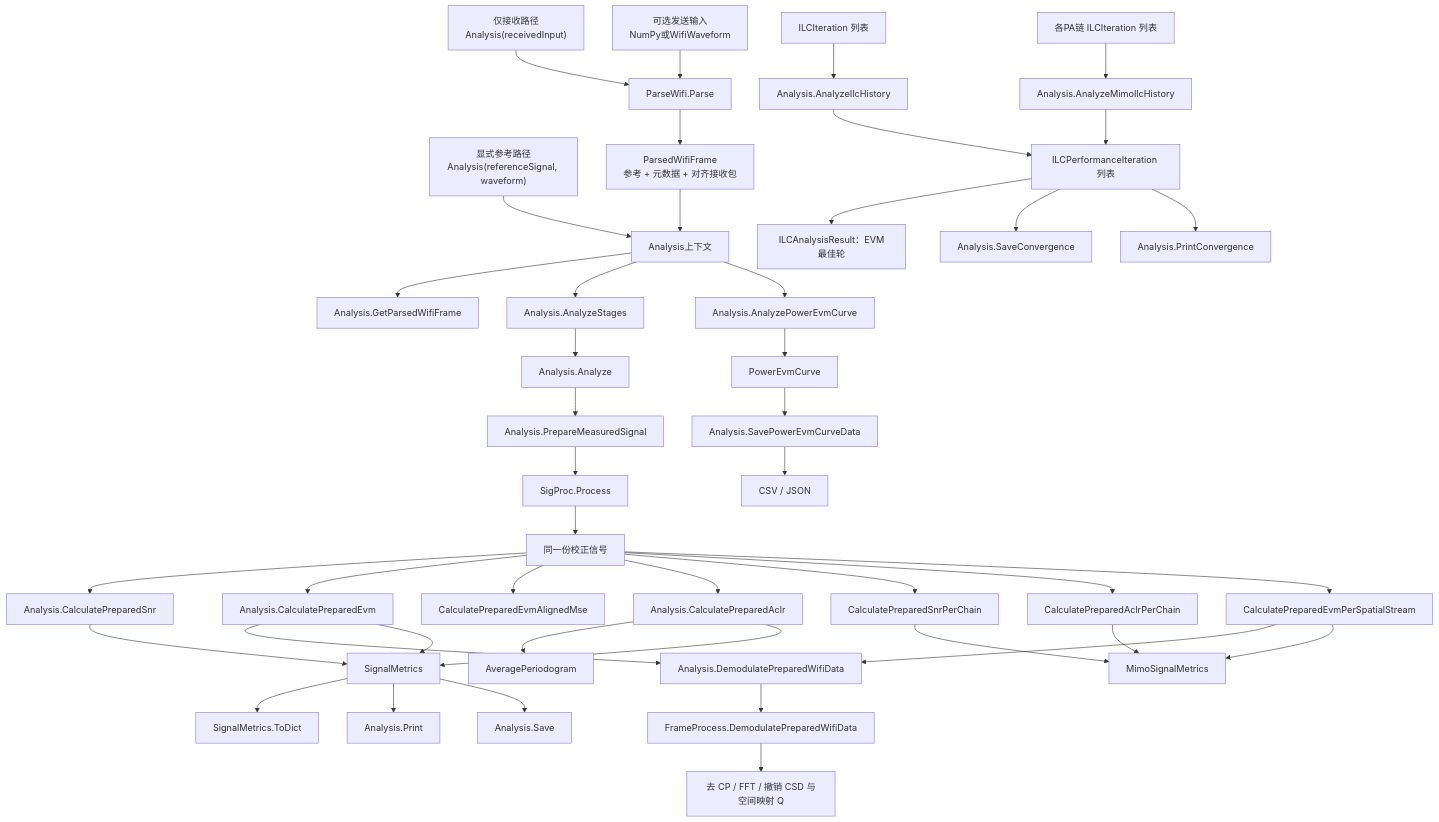
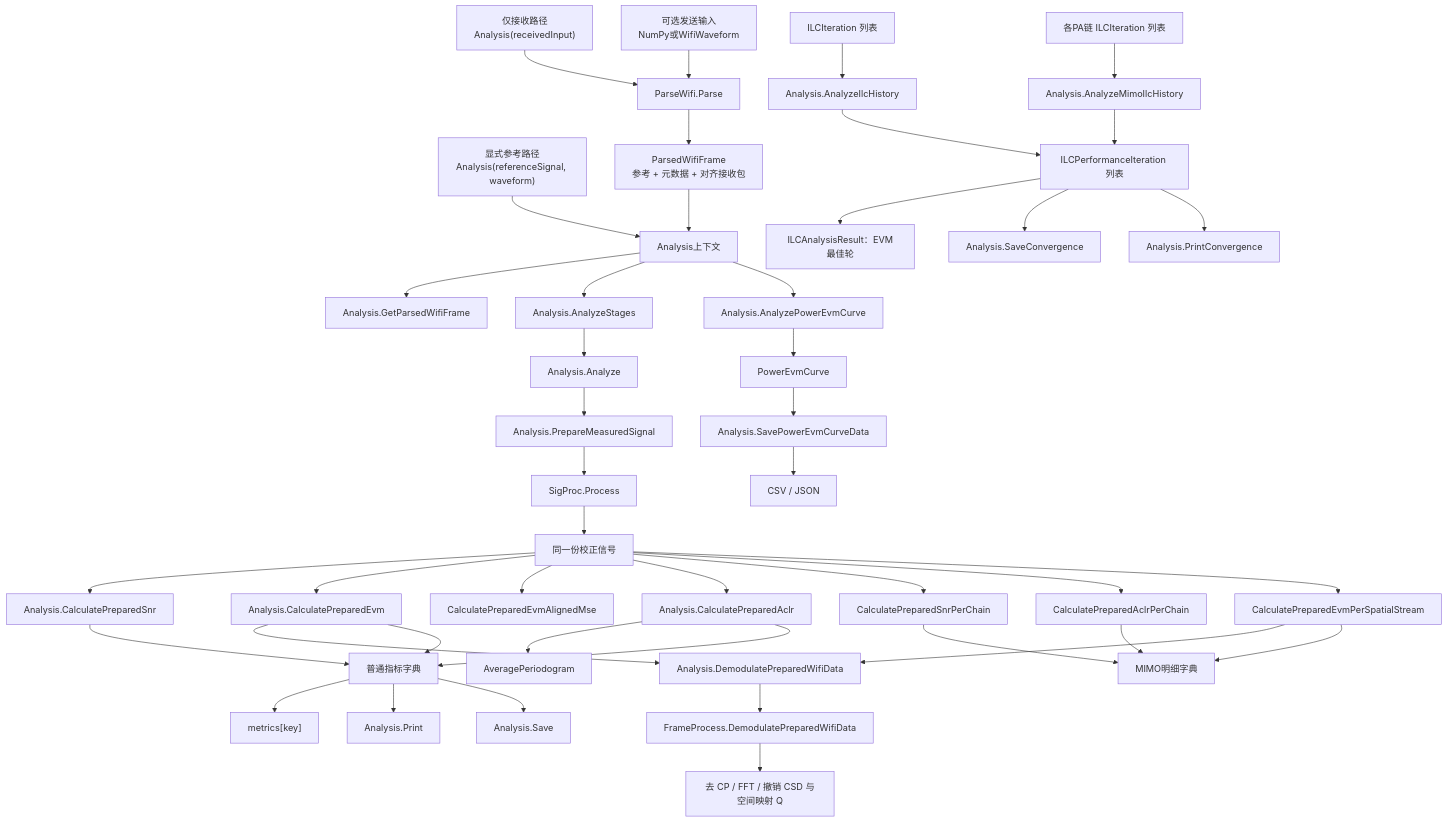
One commit to niyilu45/DPD_ILC changed the tenth of 12 diagrams in README.md. Above: the diagram before and after it, drawn with Mermaid. The commit also changed other lines of this file and 8 other files, not shown here.

````diff
--- a/README.md
+++ b/README.md
@@ -409,48 +409,48 @@
 ```mermaid
 flowchart TD
     aided["显式参考路径<br/>Analysis(referenceSignal, waveform)"] --> context["Analysis上下文"]
     receiveOnly["仅接收路径<br/>Analysis(receivedInput)"] --> parser["ParseWifi.Parse"]
     optionalTransmit["可选发送输入<br/>NumPy或WifiWaveform"] --> parser
     parser --> parsed["ParsedWifiFrame<br/>参考 + 元数据 + 对齐接收包"]
     parsed --> context
     context --> parsedResult["Analysis.GetParsedWifiFrame"]
     context --> stages["Analysis.AnalyzeStages"]
     stages --> analyze["Analysis.Analyze"]
     analyze --> prepare["Analysis.PrepareMeasuredSignal"]
     prepare --> sigProc["SigProc.Process"]
     sigProc --> prepared["同一份校正信号"]
     prepared --> snr["Analysis.CalculatePreparedSnr"]
     prepared --> evm["Analysis.CalculatePreparedEvm"]
     prepared --> evmMse["CalculatePreparedEvmAlignedMse"]
     prepared --> aclr["Analysis.CalculatePreparedAclr"]
     prepared --> chainSnr["CalculatePreparedSnrPerChain"]
     prepared --> chainAclr["CalculatePreparedAclrPerChain"]
     prepared --> streamEvm["CalculatePreparedEvmPerSpatialStream"]
 
     evm --> demod["Analysis.DemodulatePreparedWifiData"]
     streamEvm --> demod
     demod --> frameProcess["FrameProcess.DemodulatePreparedWifiData"]
     frameProcess --> undo["去 CP / FFT / 撤销 CSD 与空间映射 Q"]
     aclr --> psd["AveragePeriodogram"]
 
-    snr --> metrics["SignalMetrics"]
+    snr --> metrics["普通指标字典"]
     evm --> metrics
     aclr --> metrics
-    chainSnr --> mimoMetrics["MimoSignalMetrics"]
+    chainSnr --> mimoMetrics["MIMO明细字典"]
     chainAclr --> mimoMetrics
     streamEvm --> mimoMetrics
-    metrics --> toDict["SignalMetrics.ToDict"]
+    metrics --> keys["metrics[key]"]
     metrics --> print["Analysis.Print"]
     metrics --> save["Analysis.Save"]
     nativeHistory["ILCIteration 列表"] --> analyzeHistory["Analysis.AnalyzeIlcHistory"]
     nativeMimoHistory["各PA链 ILCIteration 列表"] --> analyzeMimoHistory["Analysis.AnalyzeMimoIlcHistory"]
     analyzeHistory --> convergence["ILCPerformanceIteration 列表"]
     analyzeMimoHistory --> convergence
     convergence --> bestRound["ILCAnalysisResult：EVM最佳轮"]
     convergence --> saveConvergence["Analysis.SaveConvergence"]
     convergence --> printConvergence["Analysis.PrintConvergence"]
     context --> powerSweep["Analysis.AnalyzePowerEvmCurve"]
     powerSweep --> curve["PowerEvmCurve"]
     curve --> curveSave["Analysis.SavePowerEvmCurveData"]
     curveSave --> curveFiles["CSV / JSON"]
 ```
````
